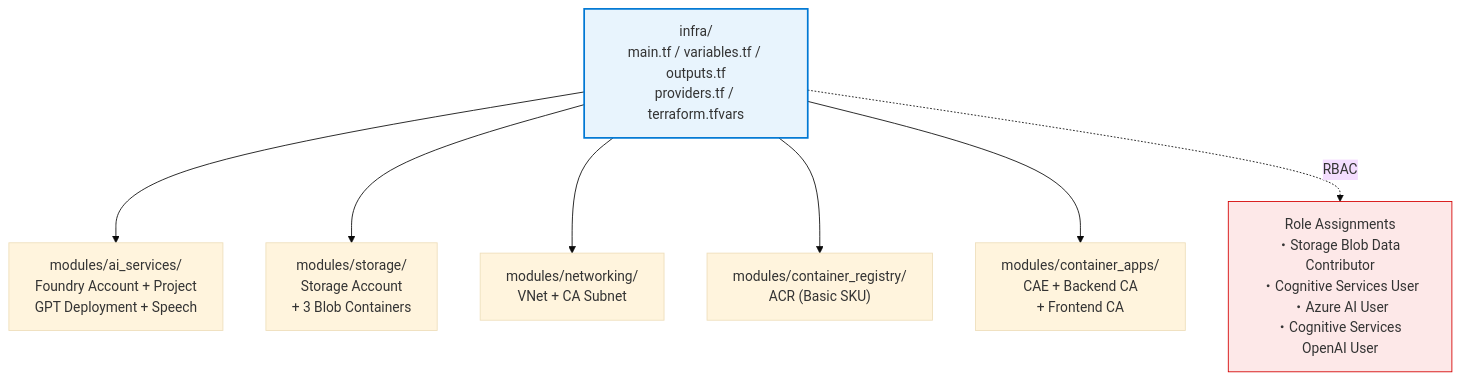
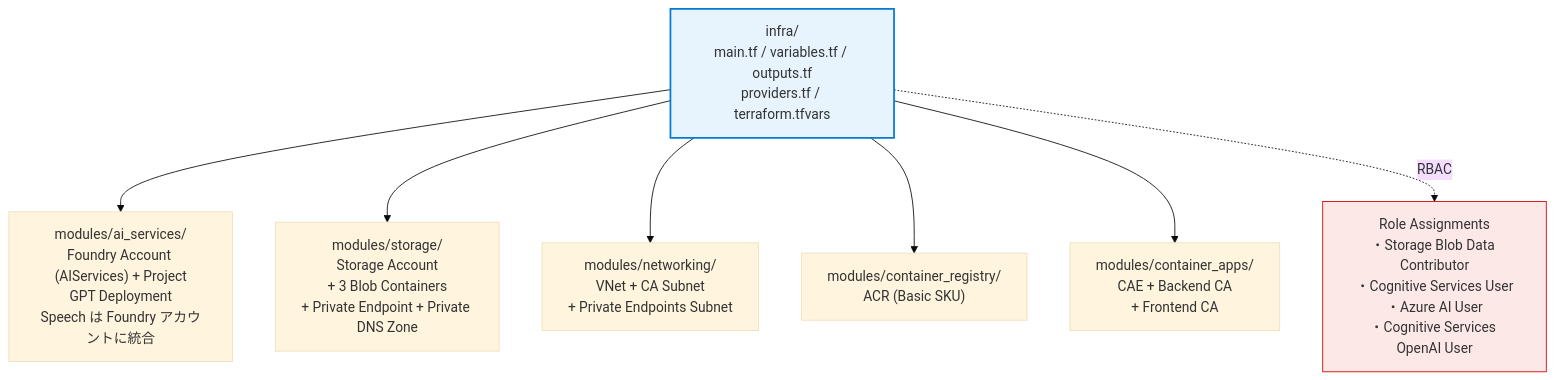
One commit to 0ht/meeting-minutes-agent changed the tenth of 10 diagrams in docs/system-design.md. Above: the diagram before and after it, drawn with Mermaid (base theme). The commit also changed other lines of this file and 2 other files, not shown here.

````diff
--- a/docs/system-design.md
+++ b/docs/system-design.md
@@ -638,15 +650,15 @@
 ```mermaid
 graph TD
     Root["infra/<br/>main.tf / variables.tf / outputs.tf<br/>providers.tf / terraform.tfvars"]
 
-    Root --> AI["modules/ai_services/<br/>Foundry Account + Project<br/>GPT Deployment + Speech"]
-    Root --> ST["modules/storage/<br/>Storage Account<br/>+ 3 Blob Containers"]
-    Root --> NW["modules/networking/<br/>VNet + CA Subnet"]
+    Root --> AI["modules/ai_services/<br/>Foundry Account (AIServices) + Project<br/>GPT Deployment<br/>Speech は Foundry アカウントに統合"]
+    Root --> ST["modules/storage/<br/>Storage Account<br/>+ 3 Blob Containers<br/>+ Private Endpoint + Private DNS Zone"]
+    Root --> NW["modules/networking/<br/>VNet + CA Subnet<br/>+ Private Endpoints Subnet"]
     Root --> CR["modules/container_registry/<br/>ACR (Basic SKU)"]
     Root --> CA["modules/container_apps/<br/>CAE + Backend CA<br/>+ Frontend CA"]
 
     Root -.->|"RBAC"| RBAC["Role Assignments<br/>・Storage Blob Data Contributor<br/>・Cognitive Services User<br/>・Azure AI User<br/>・Cognitive Services OpenAI User"]
 
     style Root fill:#e8f4fd,stroke:#0078d4,stroke-width:2px
     style RBAC fill:#fde8e8,stroke:#d40000
 ```
````
